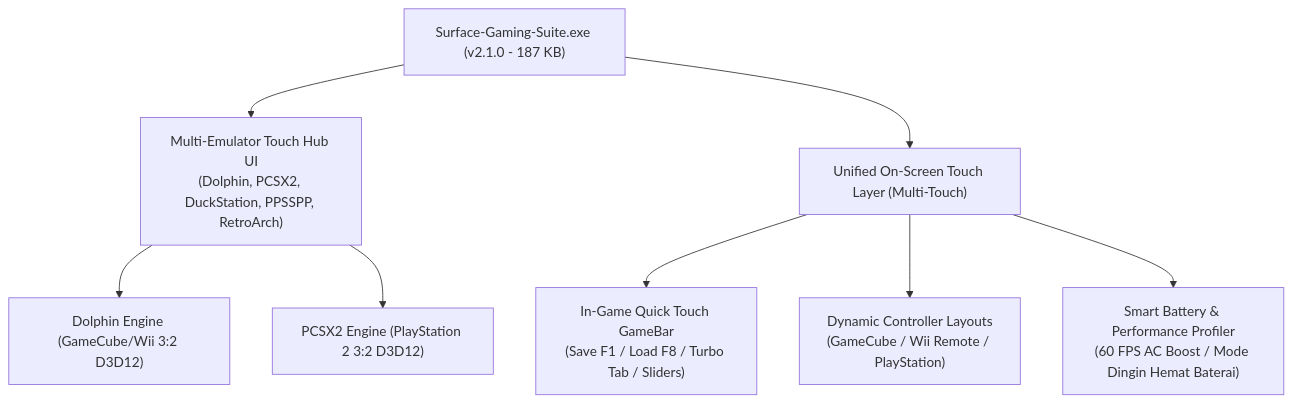
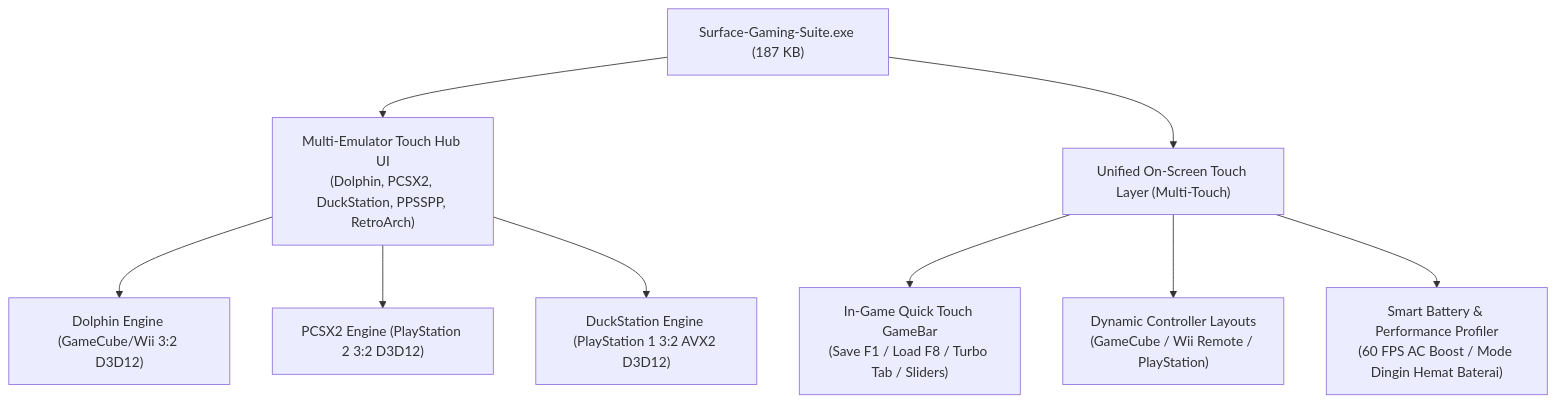
Before and after one commit to MPESMPEK/dolphin-emulator-surface-laptop-go-1: the diagram in Readme.md, drawn with Mermaid. The commit also changed other lines of this file, not shown here.

Commit message:
v2.2.0: Integrasi Emulator PS1 DuckStation Surface AVX2

````diff
--- a/Readme.md
+++ b/Readme.md
@@ -136,10 +141,11 @@
 ```mermaid
 flowchart TD
-    Launcher["Surface-Gaming-Suite.exe (v2.1.0 - 187 KB)"] --> Hub["Multi-Emulator Touch Hub UI\n(Dolphin, PCSX2, DuckStation, PPSSPP, RetroArch)"]
+    Launcher["Surface-Gaming-Suite.exe (187 KB)"] --> Hub["Multi-Emulator Touch Hub UI\n(Dolphin, PCSX2, DuckStation, PPSSPP, RetroArch)"]
     Hub --> Dolphin["Dolphin Engine (GameCube/Wii 3:2 D3D12)"]
     Hub --> PCSX2["PCSX2 Engine (PlayStation 2 3:2 D3D12)"]
+    Hub --> DuckStation["DuckStation Engine (PlayStation 1 3:2 AVX2 D3D12)"]
     Launcher --> Overlay["Unified On-Screen Touch Layer (Multi-Touch)"]
     Overlay --> QuickMenu["In-Game Quick Touch GameBar\n(Save F1 / Load F8 / Turbo Tab / Sliders)"]
     Overlay --> Controller["Dynamic Controller Layouts\n(GameCube / Wii Remote / PlayStation)"]
     Overlay --> Battery["Smart Battery & Performance Profiler\n(60 FPS AC Boost / Mode Dingin Hemat Baterai)"]
 ```
````
